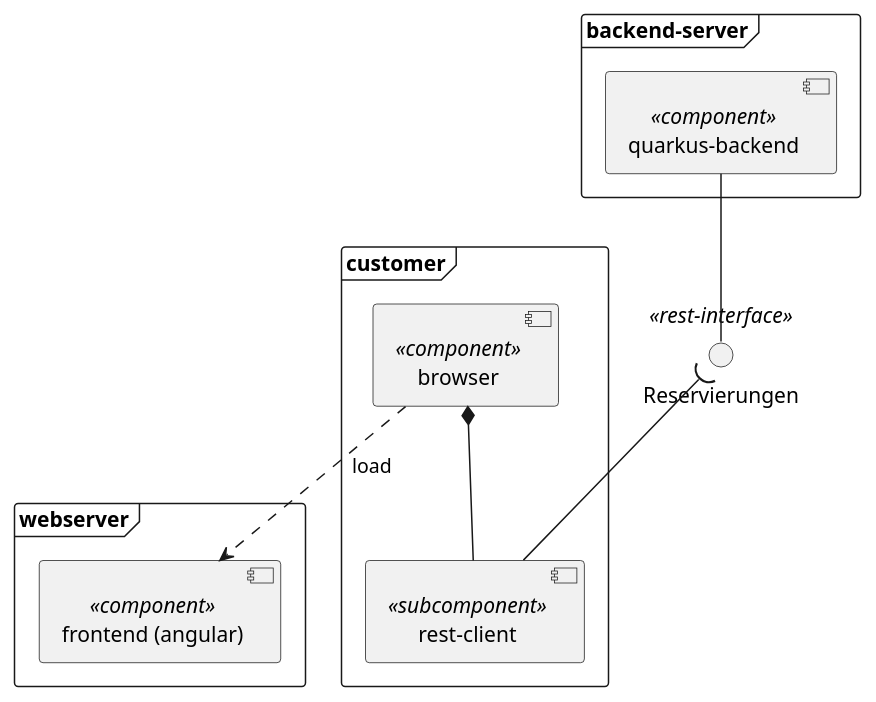
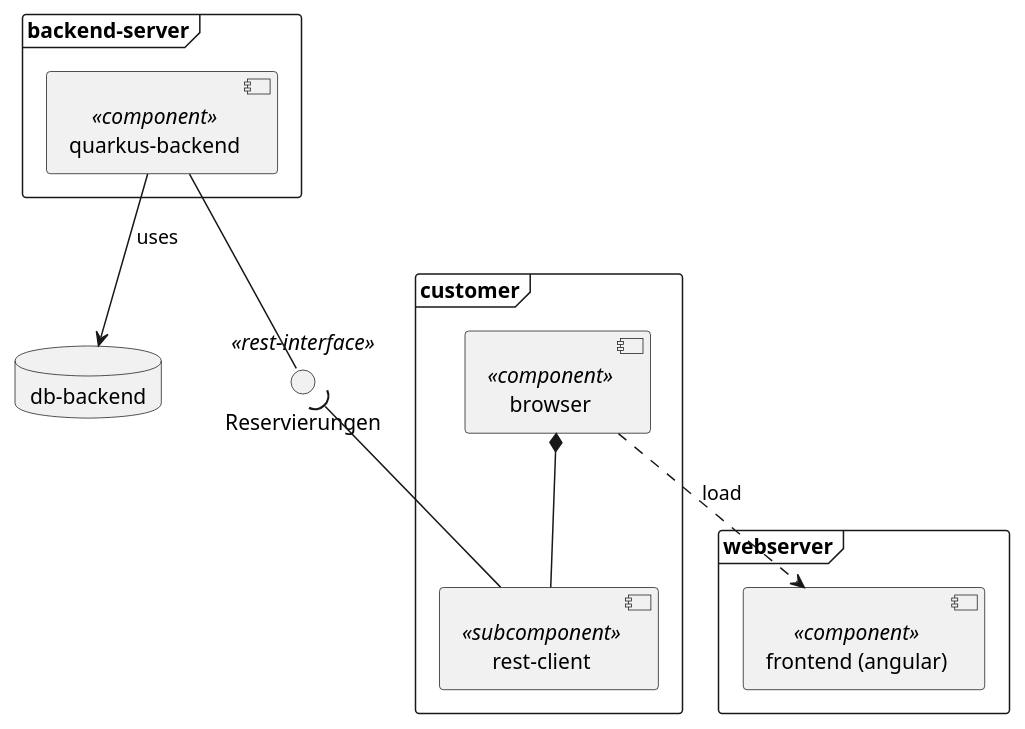
One commit to Zeno-Paukner/htl changed the diagram in iuml/component-library.iuml. Above: the diagram before and after it, drawn with PlantUML. The commit also changed 3 other files, not shown here.

```diff
--- a/iuml/component-library.iuml
+++ b/iuml/component-library.iuml
@@ -1,23 +1,28 @@
 @startuml
 
 interface Reservierungen <<rest-interface>>
 
 frame backend-server {
     component "quarkus-backend" <<component>> as backend
 }
+
+database "db-backend" as db {
+}
+
+backend --> db : uses
 
 backend -- Reservierungen
 
 frame webserver {
     component "frontend (angular)" <<component>> as frontend
 }
 
 frame customer {
     component browser <<component>>
     component [rest-client] <<subcomponent>>
 }
 
 Reservierungen )-- [rest-client]
 browser ..> frontend : load
 browser *-- [rest-client]
 @enduml
```
